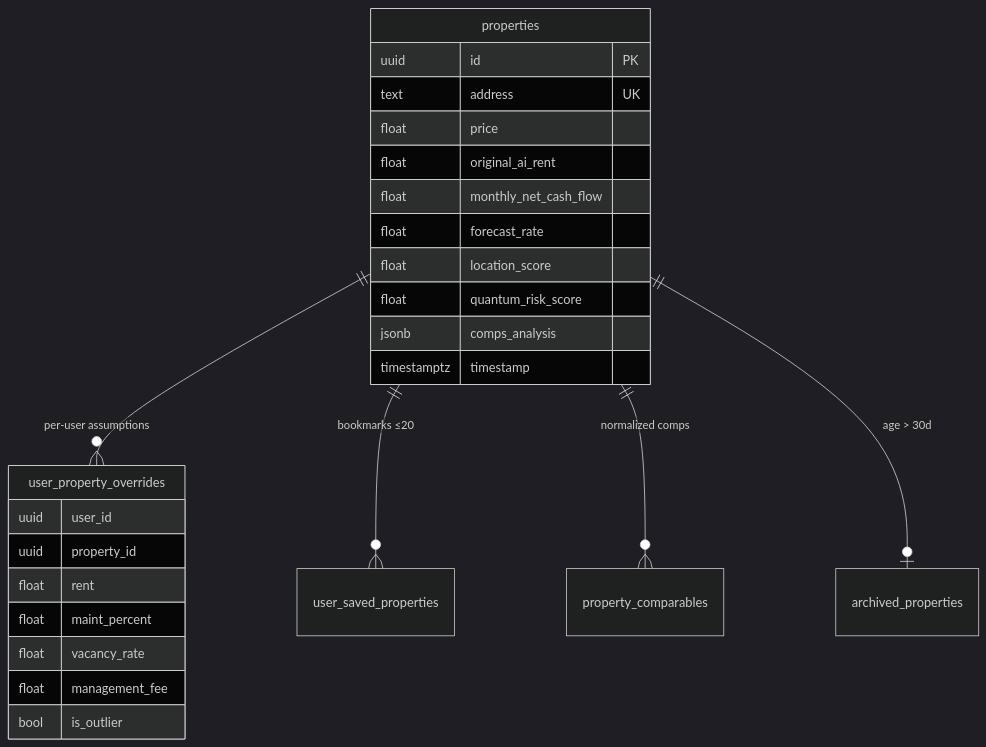
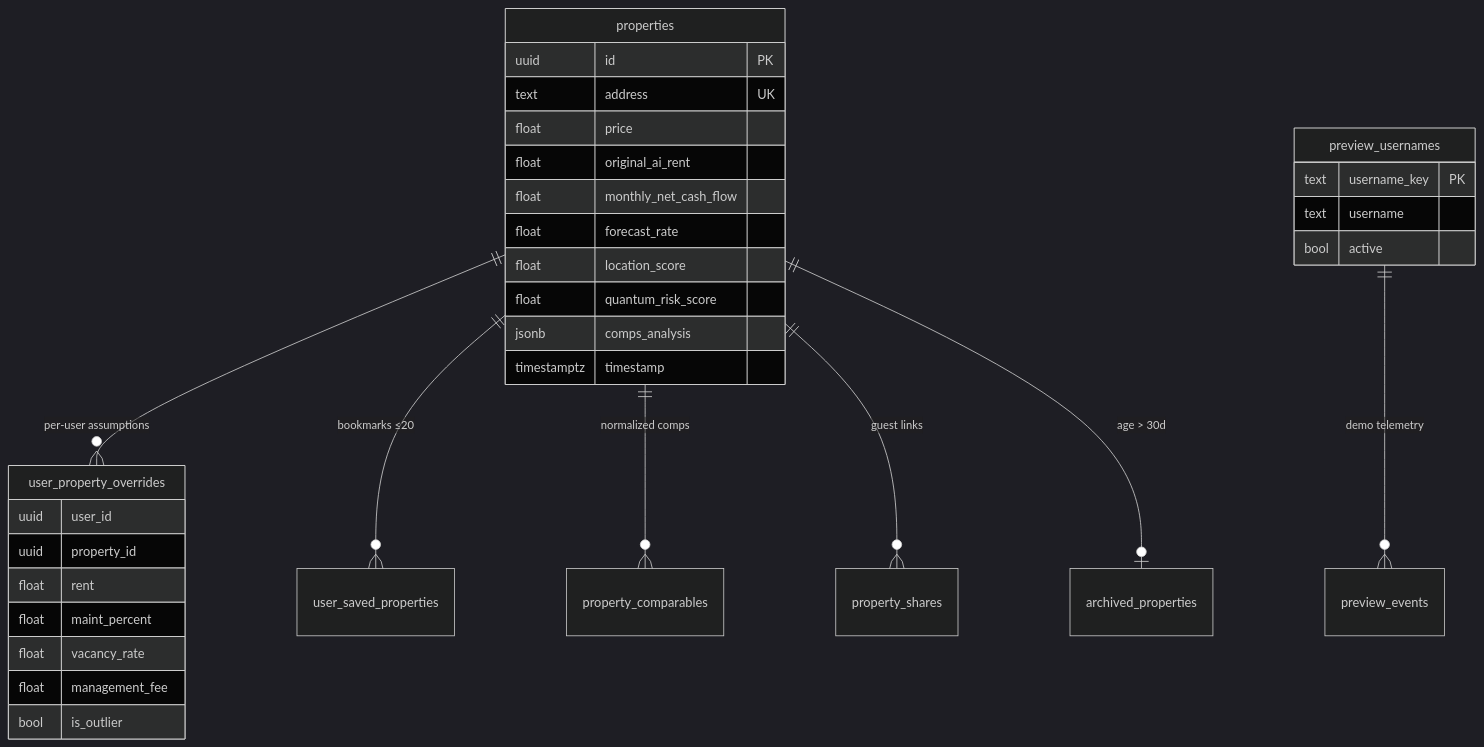
The tenth of 12 diagrams in README.md (Preebg/RealEstateAI), drawn with Mermaid (dark theme) before and after one commit. The commit also changed other lines of this file, not shown here.

````diff
--- a/README.md
+++ b/README.md
@@ -415,30 +436,38 @@
 ```mermaid
 erDiagram
     properties ||--o{ user_property_overrides : "per-user assumptions"
     properties ||--o{ user_saved_properties : "bookmarks ≤20"
     properties ||--o{ property_comparables : "normalized comps"
+    properties ||--o{ property_shares : "guest links"
     properties ||--o| archived_properties : "age > 30d"
+    preview_usernames ||--o{ preview_events : "demo telemetry"
 
     properties {
         uuid id PK
         text address UK
         float price
         float original_ai_rent
         float monthly_net_cash_flow
         float forecast_rate
         float location_score
         float quantum_risk_score
         jsonb comps_analysis
         timestamptz timestamp
     }
 
     user_property_overrides {
         uuid user_id
         uuid property_id
         float rent
         float maint_percent
         float vacancy_rate
         float management_fee
         bool is_outlier
     }
+
+    preview_usernames {
+        text username_key PK
+        text username
+        bool active
+    }
 ```
````
